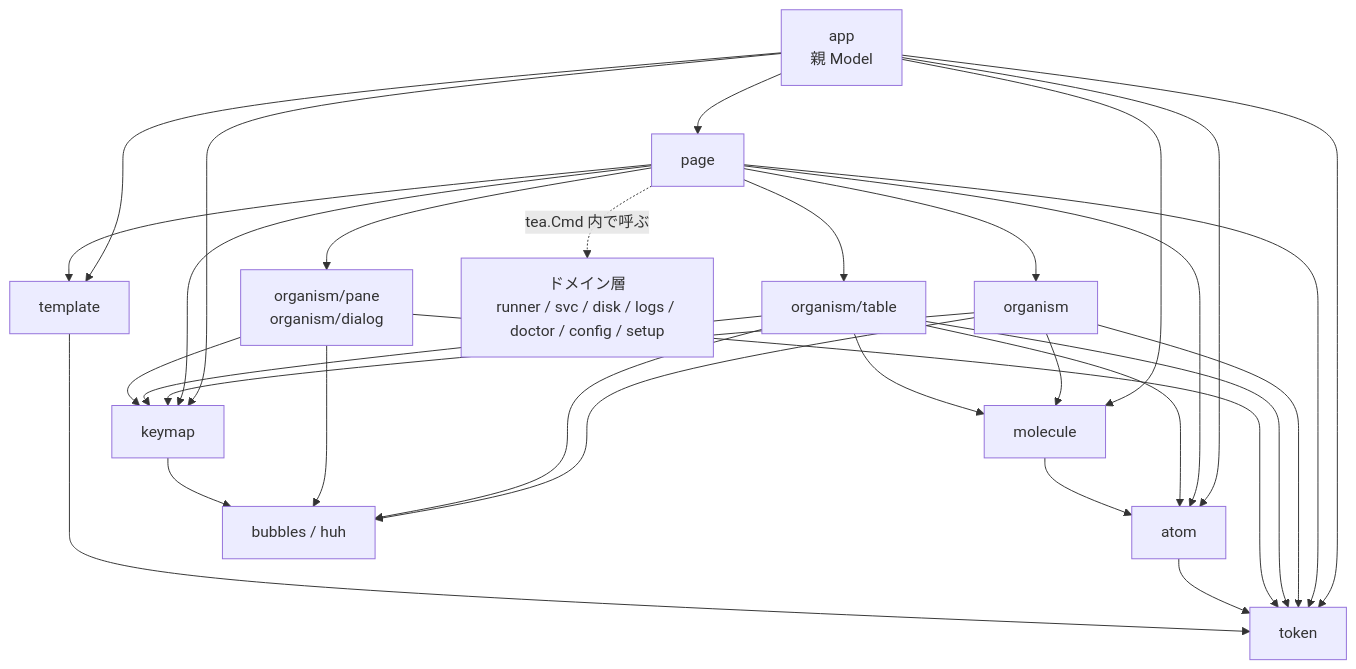
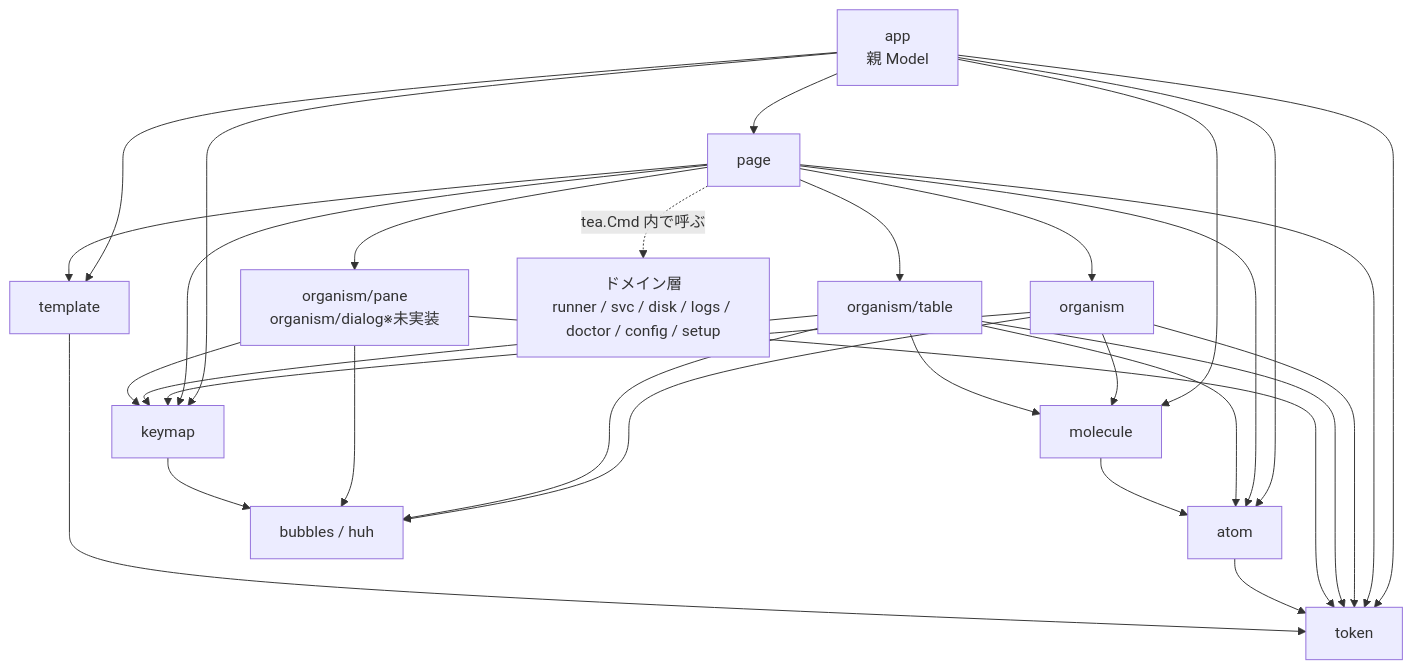
The second of 2 diagrams in docs/ui/atomic-design.md (ousiassllc/gsr-helper), drawn with Mermaid before and after one commit.

Commit message:
docs: 依存グラフの organism/dialog に未実装の印を付ける

````diff
--- a/docs/ui/atomic-design.md
+++ b/docs/ui/atomic-design.md
@@ -88,47 +88,47 @@
 ```mermaid
 graph TD
     App[app<br/>親 Model]
     Page[page]
     Tmpl[template]
     Org[organism]
     OrgT[organism/table]
-    OrgP[organism/pane<br/>organism/dialog]
+    OrgP[organism/pane<br/>organism/dialog※未実装]
     Mol[molecule]
     Atom[atom]
     Tok[token]
     Key[keymap]
 
     Domain[ドメイン層<br/>runner / svc / disk / logs / doctor / config / setup]
     Bub[bubbles / huh]
 
     App --> Page
     App --> Tmpl
     App --> Key
     App --> Mol
     App --> Atom
     App --> Tok
     Page --> Tmpl
     Page --> Org
     Page --> OrgT
     Page --> OrgP
     Page --> Key
     Page --> Atom
     Page --> Tok
     Page -.->|tea.Cmd 内で呼ぶ| Domain
     Org --> Mol
     Org --> Bub
     Org --> Key
     Org --> Tok
     OrgT --> Mol
     OrgT --> Atom
     OrgT --> Bub
     OrgT --> Key
     OrgT --> Tok
     OrgP --> Bub
     OrgP --> Key
     OrgP --> Tok
     Mol --> Atom
     Atom --> Tok
     Tmpl --> Tok
     Key --> Bub
 ```
````
